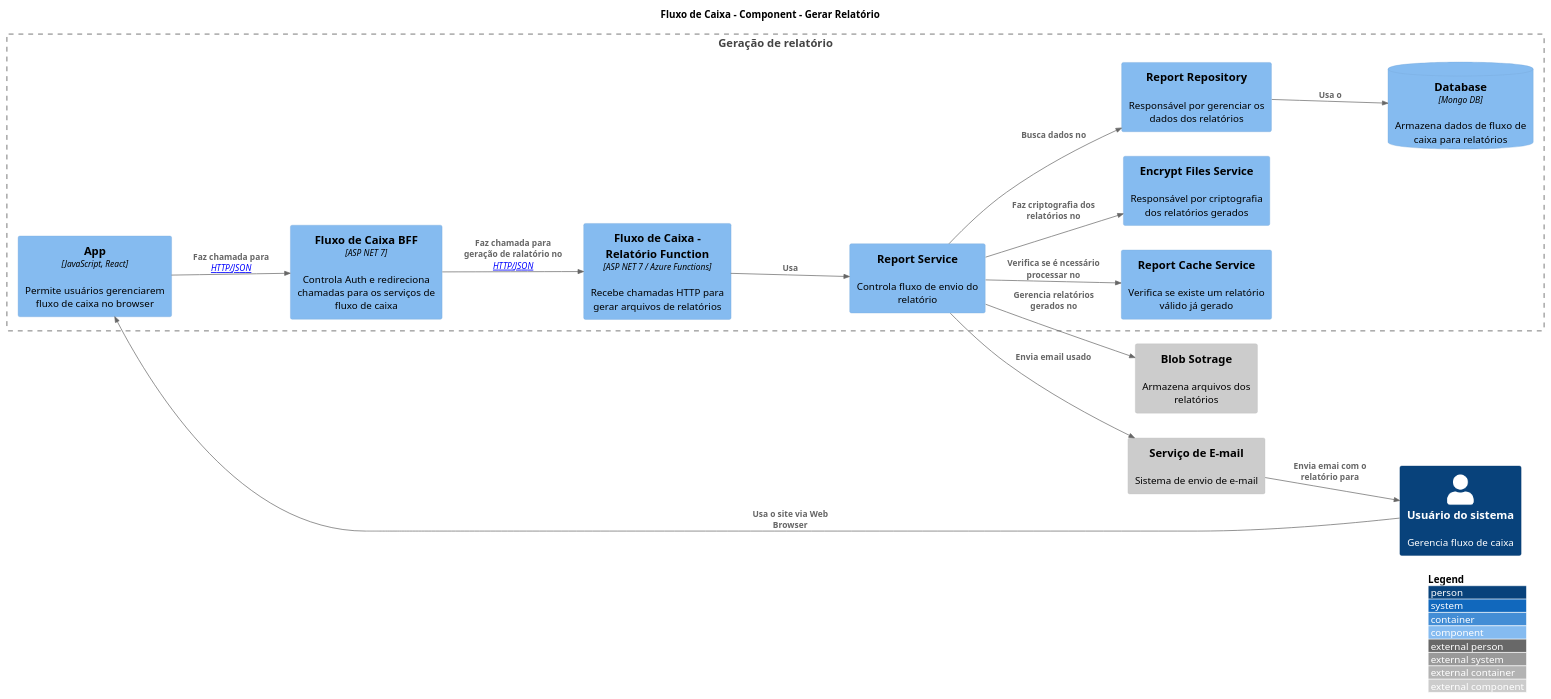
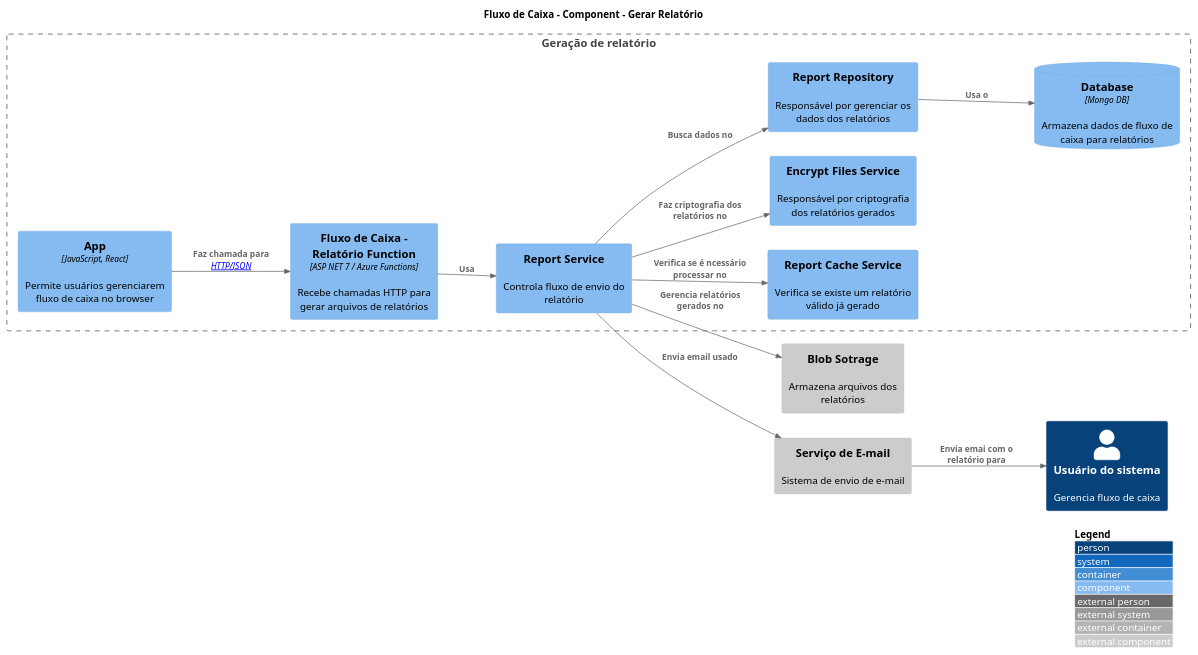
Before and after one commit to CristianoRC/Fluxo-De-Caixa: the diagram in Doc/Component.puml, drawn with PlantUML.

```diff
--- a/Doc/Component.puml
+++ b/Doc/Component.puml
@@ -1,43 +1,40 @@
 @startuml component
 !include https://raw.githubusercontent.com/plantuml-stdlib/C4-PlantUML/master/C4_Container.puml
 !include https://raw.githubusercontent.com/plantuml-stdlib/C4-PlantUML/master/C4_Context.puml
 !include https://raw.githubusercontent.com/plantuml-stdlib/C4-PlantUML/master/C4_Component.puml
 
 LAYOUT_LANDSCAPE()
 LAYOUT_WITH_LEGEND()
 
 TITLE Fluxo de Caixa - Component - Gerar Relatório
 
 Boundary(boundary, "Geração de relatório") {
-    Component(fluxoDeCaixaBff, "Fluxo de Caixa BFF", "ASP NET 7", "Controla Auth e redireciona chamadas para os serviços de fluxo de caixa")
     Component(fluxoDeCaixaApp, "App", "JavaScript, React", "Permite usuários gerenciarem fluxo de caixa no browser")
     Component(fluxoDeCaixaReportApi, "Fluxo de Caixa - Relatório Function", "ASP NET 7 / Azure Functions", "Recebe chamadas HTTP para gerar arquivos de relatórios")
 
     Component(reportService, "Report Service", "", "Controla fluxo de envio do relatório")
     Component(reportCacheService, "Report Cache Service", "", "Verifica se existe um relatório válido já gerado")
     Component(fileEncryptService, "Encrypt Files Service", "", "Responsável por criptografia dos relatórios gerados")
     Component(reportRepository, "Report Repository", "", "Responsável por gerenciar os dados dos relatórios")
     ComponentDb(mongodb, "Database", "Mongo DB", "Armazena dados de fluxo de caixa para relatórios")
 }
 
 Component_Ext(blobStorage, "Blob Sotrage", "", "Armazena arquivos dos relatórios")
 Component_Ext(maisService, "Serviço de E-mail", "", "Sistema de envio de e-mail")
 Person(pessoa, "Usuário do sistema", "Gerencia fluxo de caixa")
 
-Rel(pessoa, fluxoDeCaixaApp, "Usa o site via Web Browser", "")
-Rel(fluxoDeCaixaApp, fluxoDeCaixaBff, "Faz chamada para", "[HTTP/JSON]")
-Rel(fluxoDeCaixaBff, fluxoDeCaixaReportApi, "Faz chamada para geração de ralatório no", "[HTTP/JSON]")
+Rel(fluxoDeCaixaApp, fluxoDeCaixaReportApi, "Faz chamada para", "[HTTP/JSON]")
 Rel(fluxoDeCaixaReportApi, reportService, "Usa", "")
 
 Rel(reportService, reportCacheService, "Verifica se é ncessário processar no", "")
 Rel(reportService, fileEncryptService, "Faz criptografia dos relatórios no", "")
 Rel(reportService, blobStorage, "Gerencia relatórios gerados no", "")
 Rel(reportService, maisService, "Envia email usado", "")
 Rel(reportService, reportRepository, "Busca dados no", "")
 
 Rel(reportRepository, mongodb, "Usa o", "")
 
 
 Rel(maisService, pessoa, "Envia emai com o relatório para", "")
 
 @enduml
```
